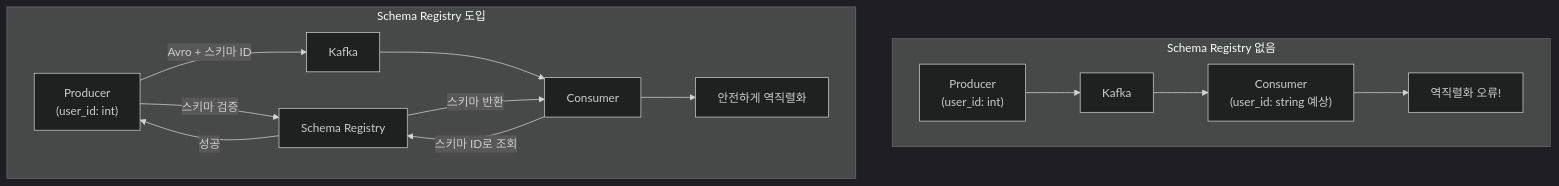
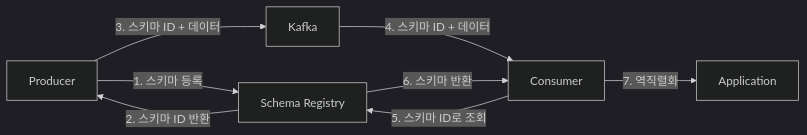
The second of 2 diagrams in content/ko/kafka/concepts/ecosystem.md (advanced-beginner/advanced-beginner.github.io), drawn with Mermaid (dark theme) before and after one commit. The commit also changed other lines of this file and 21 other files, not shown here.

````diff
--- a/content/ko/kafka/concepts/ecosystem.md
+++ b/content/ko/kafka/concepts/ecosystem.md
@@ -241,18 +214,10 @@
 ```mermaid
-graph TD
-    subgraph Before["Schema Registry 없음"]
-        P["Producer\n(user_id: int)"] --> K[Kafka]
-        K --> C["Consumer\n(user_id: string 예상)"]
-        C --> X["역직렬화 오류!"]
-    end
-
-    subgraph After["Schema Registry 도입"]
-        P2["Producer\n(user_id: int)"] --"스키마 검증"--> SR[Schema Registry]
-        SR --"성공"--> P2
-        P2 --"Avro + 스키마 ID"--> K2[Kafka]
-        K2 --> C2["Consumer"]
-        C2 --"스키마 ID로 조회"--> SR
-        SR --"스키마 반환"--> C2
-        C2 --> OK["안전하게 역직렬화"]
-    end
+flowchart LR
+    P[Producer] -->|1. 스키마 등록| SR[Schema Registry]
+    SR -->|2. 스키마 ID 반환| P
+    P -->|3. 스키마 ID + 데이터| K[Kafka]
+    K -->|4. 스키마 ID + 데이터| C[Consumer]
+    C -->|5. 스키마 ID로 조회| SR
+    SR -->|6. 스키마 반환| C
+    C -->|7. 역직렬화| APP[Application]
 ```
````
